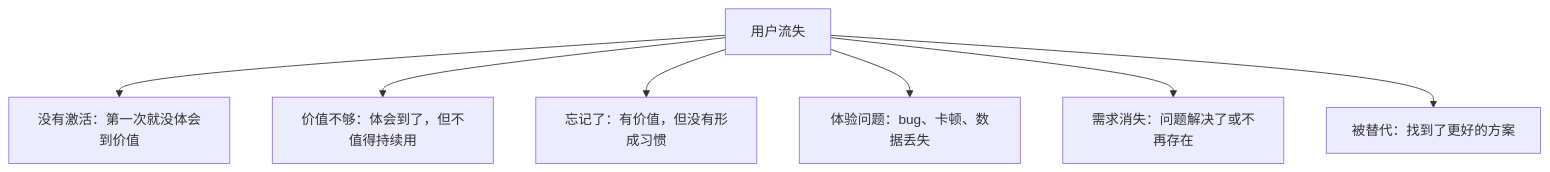
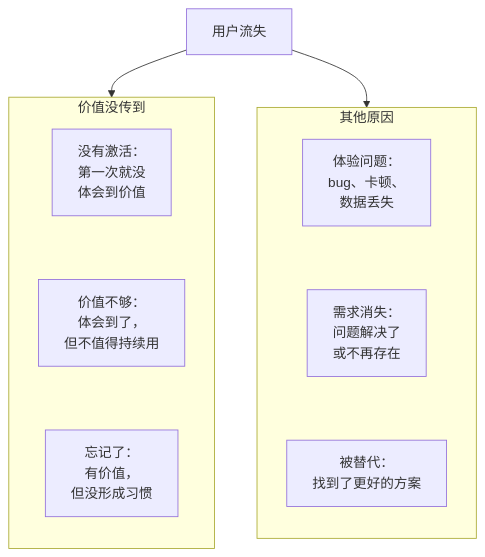
Before and after one commit to jarvis-pro/hatch-shelf: the diagram in books/growth-marketing/07-retention.md, drawn with Mermaid. The commit also changed 432 other files, not shown here.

````diff
--- a/books/growth-marketing/07-retention.md
+++ b/books/growth-marketing/07-retention.md
@@ -40,9 +40,12 @@
 ```mermaid
 flowchart TD
-  L["用户流失"] --> A["没有激活：第一次就没体会到价值"]
-  L --> B["价值不够：体会到了，但不值得持续用"]
-  L --> C["忘记了：有价值，但没有形成习惯"]
-  L --> D["体验问题：bug、卡顿、数据丢失"]
-  L --> E["需求消失：问题解决了或不再存在"]
-  L --> F["被替代：找到了更好的方案"]
+  L["用户流失"] --> V & O
+  subgraph V["价值没传到"]
+    direction TB
+    A["没有激活：<br/>第一次就没<br/>体会到价值"] ~~~ B["价值不够：<br/>体会到了，<br/>但不值得持续用"] ~~~ C["忘记了：<br/>有价值，<br/>但没形成习惯"]
+  end
+  subgraph O["其他原因"]
+    direction TB
+    D["体验问题：<br/>bug、卡顿、<br/>数据丢失"] ~~~ E["需求消失：<br/>问题解决了<br/>或不再存在"] ~~~ F["被替代：<br/>找到了更好的方案"]
+  end
 ```
````
